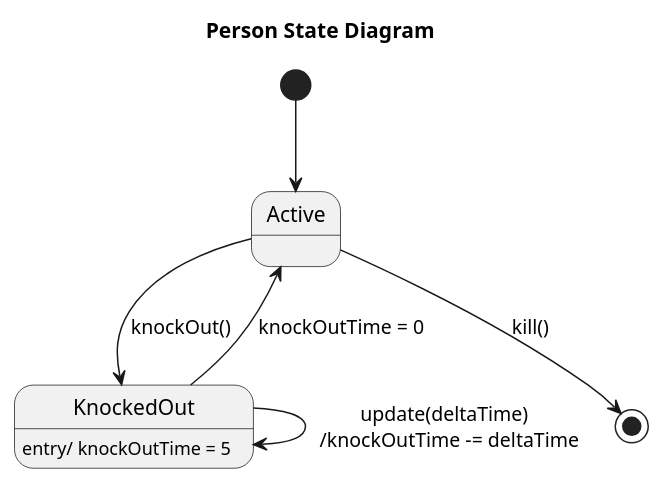
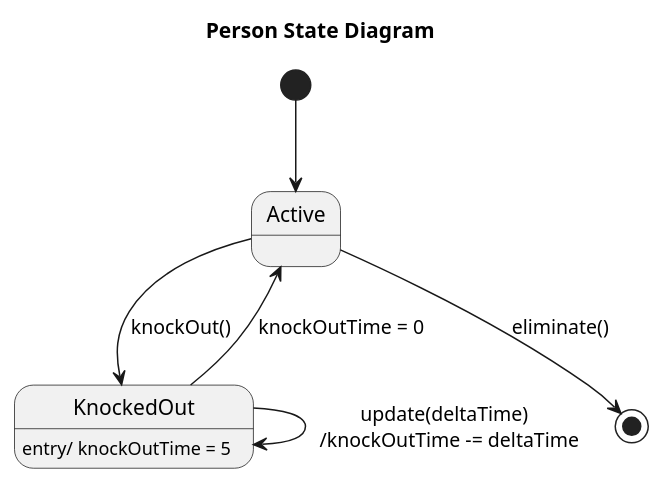
The diagram in docs/diagrams/state/person-state.puml (sn4k3ch4rm3r/logarlec), drawn with PlantUML before and after one commit. The commit also changed 2 other files, not shown here.

Commit message:
Extended the diagrams, with based on the cmmment in issue 15.
#UML

```diff
--- a/docs/diagrams/state/person-state.puml
+++ b/docs/diagrams/state/person-state.puml
@@ -1,13 +1,13 @@
 @startuml person
 title Person State Diagram
 
 [*] --> Active
 Active --> KnockedOut: knockOut()
 KnockedOut --> Active: knockOutTime = 0
 KnockedOut --> KnockedOut: update(deltaTime) \n /knockOutTime -= deltaTime
 
-Active --> [*]: kill()
+Active --> [*]: eliminate()
 
 KnockedOut: entry/ knockOutTime = 5
 
 @enduml
```
